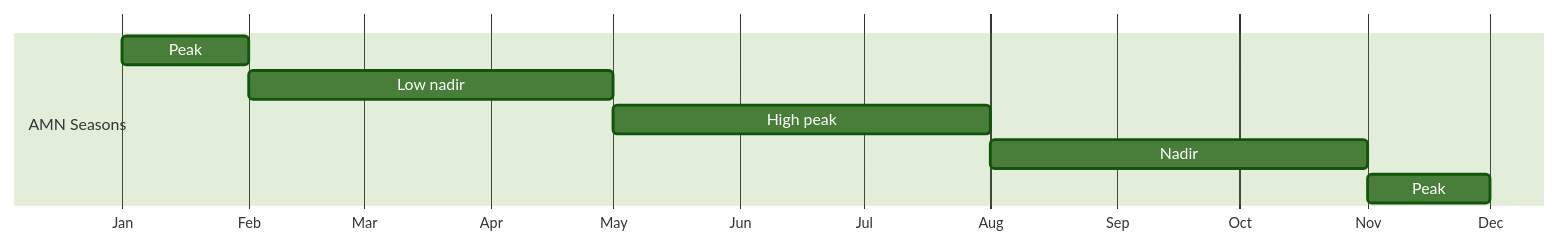
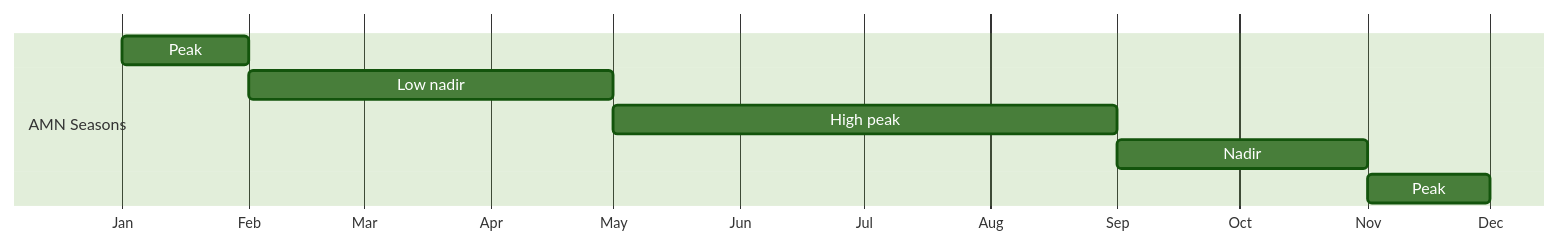
The fourth of 10 diagrams in report.qmd (nutimes/som-sam-admit), drawn with Mermaid (forest theme) before and after one commit. The commit also changed other lines of this file, not shown here.

````diff
--- a/report.qmd
+++ b/report.qmd
@@ -616,14 +625,14 @@
 ```{mermaid}
 %%| label: fig-amn-seasonal-calendar-agropastoral
 %%| fig-cap: AMN seasonal calendar for agropastoral livelihood systems
 gantt
     dateFormat M
     axisFormat %b
     todayMarker off
     section AMN Seasons
     Peak :1, 2
     Low nadir :2, 5
-    High peak :5, 8
-    Nadir :8, 11
+    High peak :5, 9
+    Nadir :9, 11
     Peak : 11, 12
 ```
````
